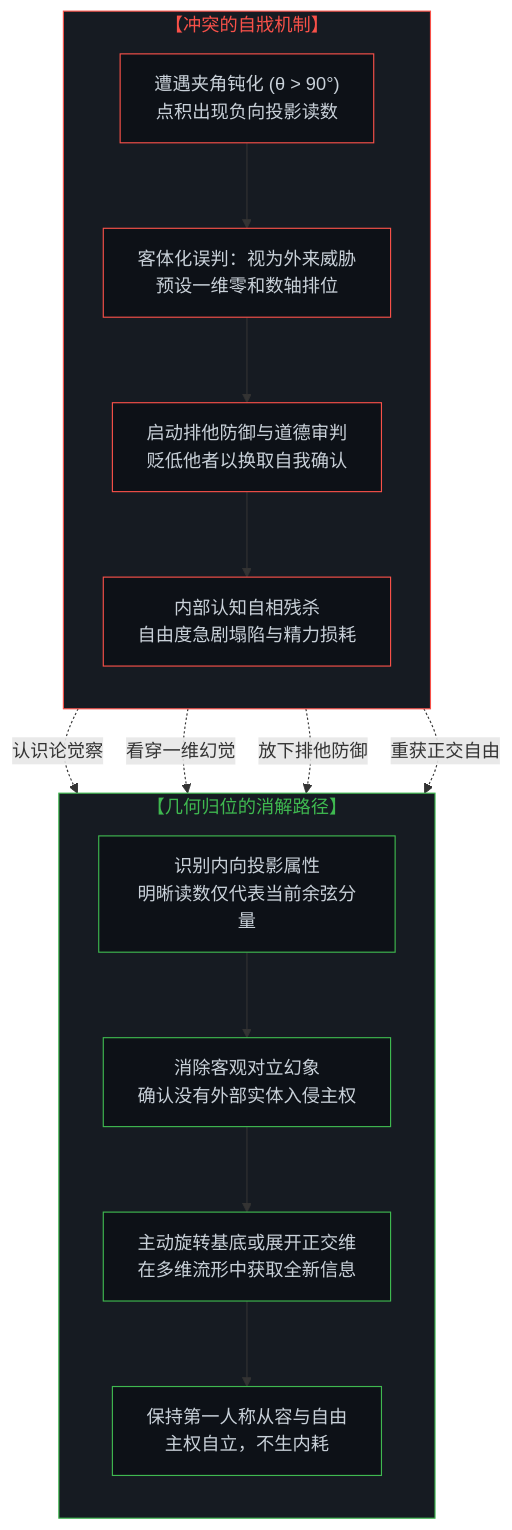
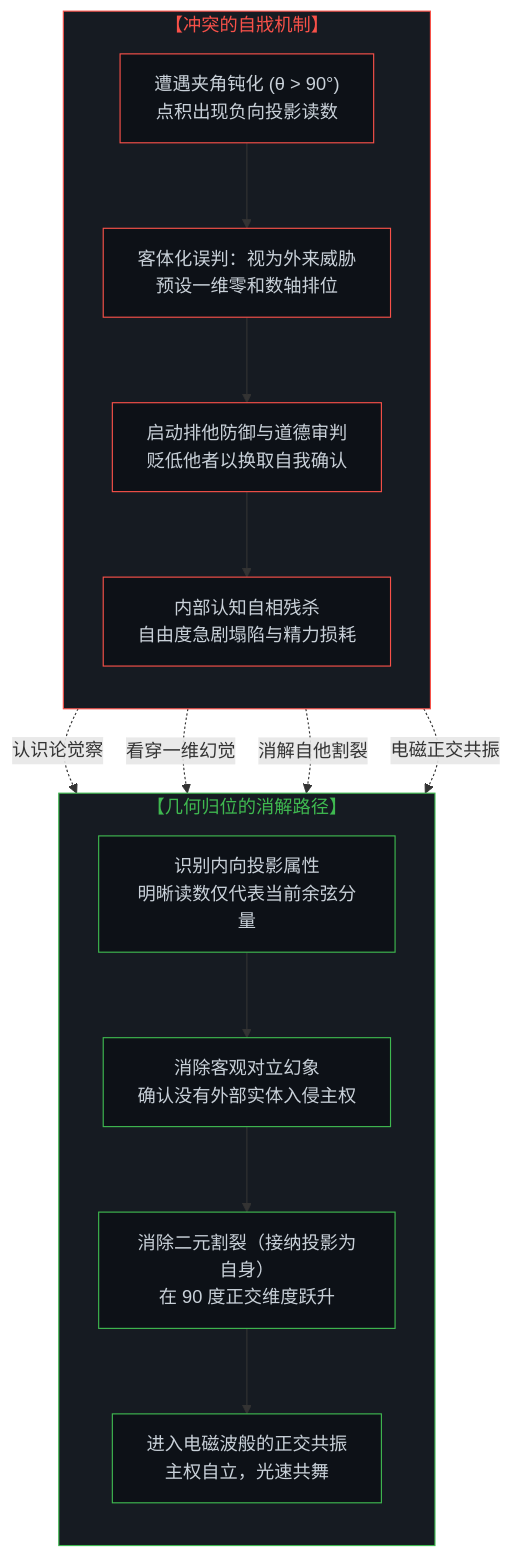
One commit to powerpig99/not-a-toe changed the third of 4 diagrams in content/posts/the-mind-as-vector-and-coordinate-system.md. Above: the diagram before and after it, drawn with Mermaid. The commit also changed other lines of this file and 5 other files, not shown here.

````diff
--- a/content/posts/the-mind-as-vector-and-coordinate-system.md
+++ b/content/posts/the-mind-as-vector-and-coordinate-system.md
@@ -170,36 +170,36 @@
 ```mermaid
 graph TD
     subgraph Conflict["【冲突的自戕机制】"]
         direction TB
         C1["遭遇夹角钝化 (θ > 90°)<br>点积出现负向投影读数"]
         C2["客体化误判：视为外来威胁<br>预设一维零和数轴排位"]
         C3["启动排他防御与道德审判<br>贬低他者以换取自我确认"]
         C4["内部认知自相残杀<br>自由度急剧塌陷与精力损耗"]
         C1 --> C2 --> C3 --> C4
     end
 
     subgraph Dissolution["【几何归位的消解路径】"]
         direction TB
         D1["识别内向投影属性<br>明晰读数仅代表当前余弦分量"]
         D2["消除客观对立幻象<br>确认没有外部实体入侵主权"]
-        D3["主动旋转基底或展开正交维<br>在多维流形中获取全新信息"]
-        D4["保持第一人称从容与自由<br>主权自立，不生内耗"]
+        D3["消除二元割裂（接纳投影为自身）<br>在 90 度正交维度跃升"]
+        D4["进入电磁波般的正交共振<br>主权自立，光速共舞"]
         D1 --> D2 --> D3 --> D4
     end
 
     C1 -.->|"认识论觉察"| D1
     C2 -.->|"看穿一维幻觉"| D2
-    C3 -.->|"放下排他防御"| D3
-    C4 -.->|"重获正交自由"| D4
+    C3 -.->|"消解自他割裂"| D3
+    C4 -.->|"电磁正交共振"| D4
 
     style Conflict fill:#161b22,stroke:#f85149,stroke-width:1px,color:#f85149
     style Dissolution fill:#161b22,stroke:#3fb950,stroke-width:1px,color:#3fb950
     style C1 fill:#0d1117,stroke:#f85149,stroke-width:1px,color:#c9d1d9
     style C2 fill:#0d1117,stroke:#f85149,stroke-width:1px,color:#c9d1d9
     style C3 fill:#0d1117,stroke:#f85149,stroke-width:1px,color:#c9d1d9
     style C4 fill:#0d1117,stroke:#f85149,stroke-width:1px,color:#c9d1d9
     style D1 fill:#0d1117,stroke:#3fb950,stroke-width:1px,color:#c9d1d9
     style D2 fill:#0d1117,stroke:#3fb950,stroke-width:1px,color:#c9d1d9
     style D3 fill:#0d1117,stroke:#3fb950,stroke-width:1px,color:#c9d1d9
     style D4 fill:#0d1117,stroke:#3fb950,stroke-width:1px,color:#c9d1d9
 ```
````
